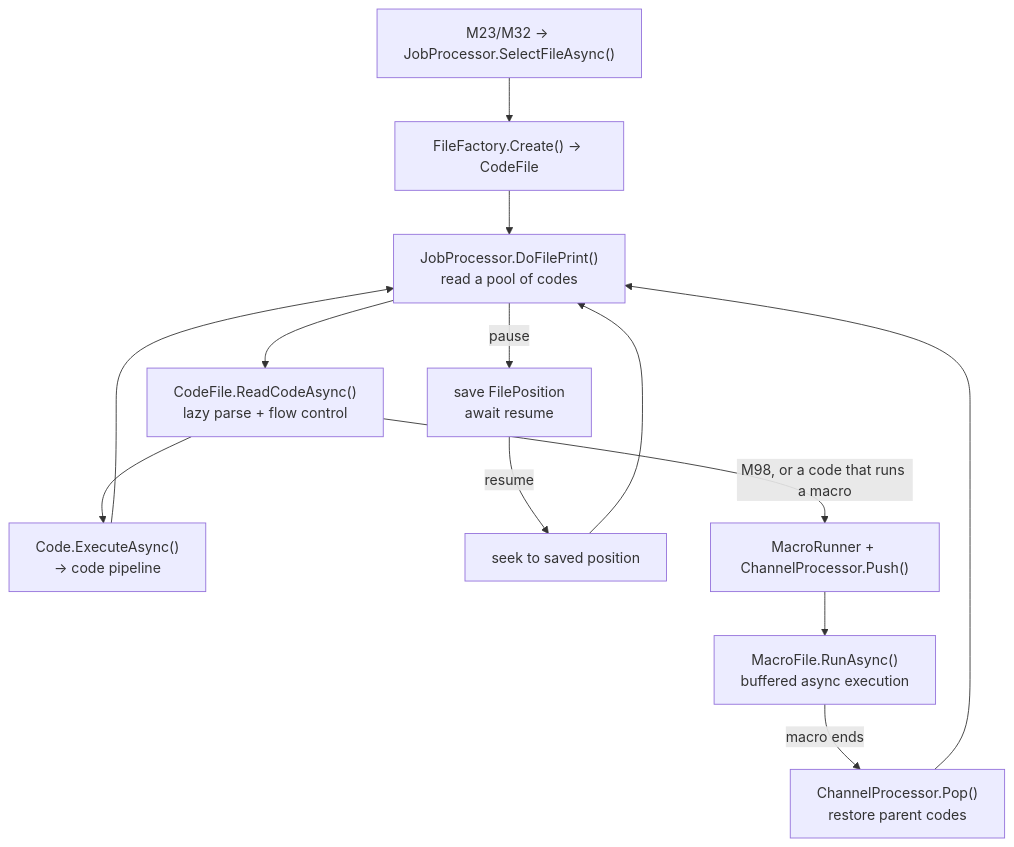
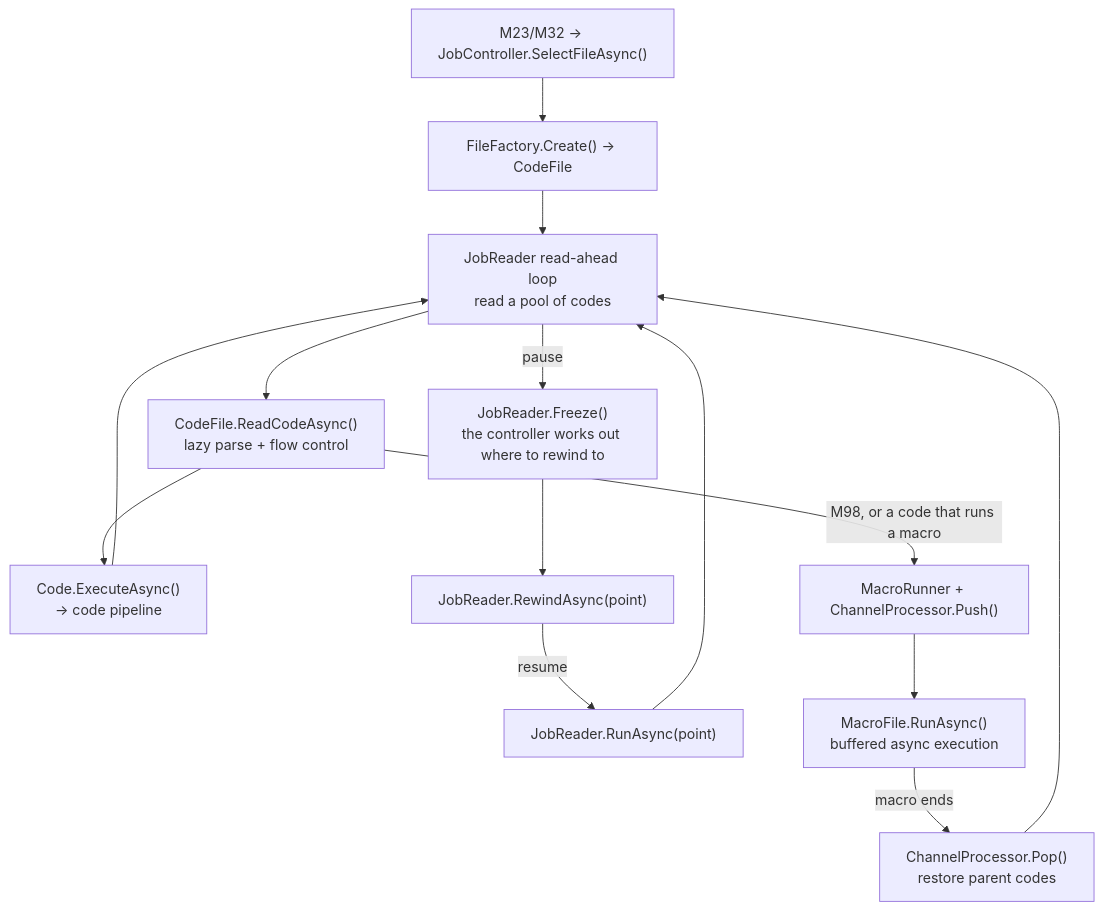
The diagram in src/Documentation/articles/file-management.md (Duet3D/DuetSoftwareFramework), drawn with Mermaid before and after one commit. The commit also changed other lines of this file and 29 other files, not shown here.

First line of the commit message:
feat: replace JobProcessor with a job actor

````diff
--- a/src/Documentation/articles/file-management.md
+++ b/src/Documentation/articles/file-management.md
@@ -51,17 +51,18 @@
 ```mermaid
 flowchart TD
-    SEL["M23/M32 -> JobProcessor.SelectFileAsync()"] --> OPEN["FileFactory.Create() -> CodeFile"]
-    OPEN --> LOOP["JobProcessor.DoFilePrint()<br/>read a pool of codes"]
+    SEL["M23/M32 -> JobController.SelectFileAsync()"] --> OPEN["FileFactory.Create() -> CodeFile"]
+    OPEN --> LOOP["JobReader read-ahead loop<br/>read a pool of codes"]
     LOOP --> READ["CodeFile.ReadCodeAsync()<br/>lazy parse + flow control"]
     READ --> PIPE["Code.ExecuteAsync()<br/>-> code pipeline"]
     PIPE --> LOOP
 
-    LOOP -- "pause" --> PAUSE["save FilePosition<br/>await resume"]
-    PAUSE -- "resume" --> SEEK["seek to saved position"]
-    SEEK --> LOOP
+    LOOP -- "pause" --> PAUSE["JobReader.Freeze()<br/>the controller works out where to rewind to"]
+    PAUSE --> REW["JobReader.RewindAsync(point)"]
+    REW -- "resume" --> RUN["JobReader.RunAsync(point)"]
+    RUN --> LOOP
 
     READ -- "M98, or a code that runs a macro" --> MAC["MacroRunner + ChannelProcessor.Push()"]
     MAC --> MACLOOP["MacroFile.RunAsync()<br/>buffered async execution"]
     MACLOOP -- "macro ends" --> POP["ChannelProcessor.Pop()<br/>restore parent codes"]
     POP --> LOOP
 ```
````
